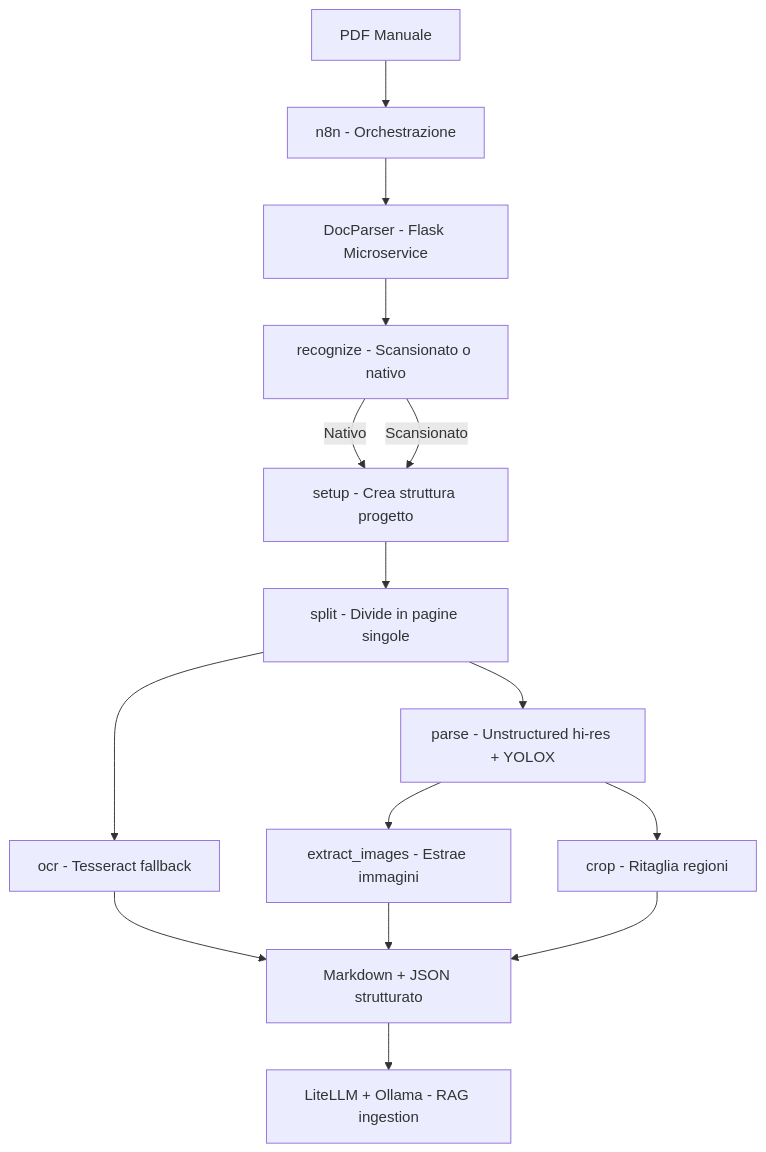
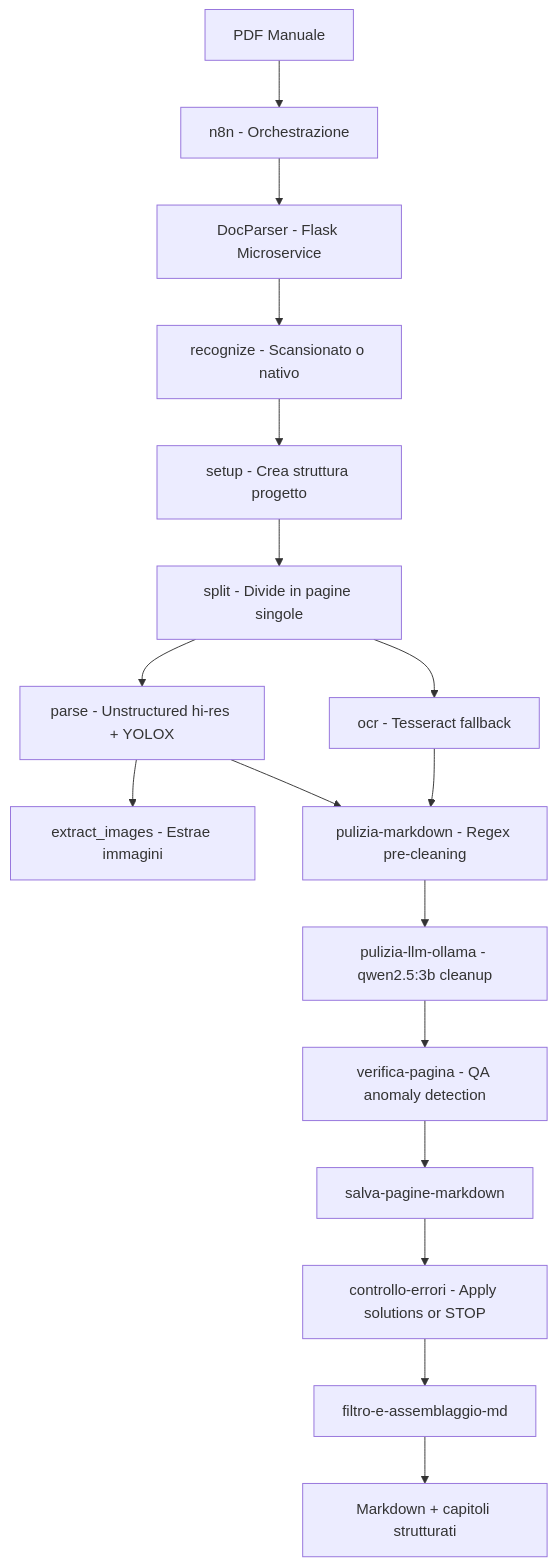
Before and after one commit to Valdan-D/dungeons-and-byte: the diagram in README.md, drawn with Mermaid. The commit also changed other lines of this file and 6 other files, not shown here.

````diff
--- a/README.md
+++ b/README.md
@@ -17,17 +20,19 @@
 ```mermaid
 graph TD
     A[PDF Manuale] --> B[n8n - Orchestrazione]
     B --> C[DocParser - Flask Microservice]
     C --> D[recognize - Scansionato o nativo]
-    D -->|Nativo| E[setup - Crea struttura progetto]
-    D -->|Scansionato| E
+    D --> E[setup - Crea struttura progetto]
     E --> F[split - Divide in pagine singole]
     F --> G[parse - Unstructured hi-res + YOLOX]
     F --> H[ocr - Tesseract fallback]
     G --> I[extract_images - Estrae immagini]
-    G --> J[crop - Ritaglia regioni]
-    H --> K[Markdown + JSON strutturato]
-    I --> K
-    J --> K
-    K --> L[LiteLLM + Ollama - RAG ingestion]
+    G --> J[pulizia-markdown - Regex pre-cleaning]
+    H --> J
+    J --> K[pulizia-llm-ollama - qwen2.5:3b cleanup]
+    K --> L[verifica-pagina - QA anomaly detection]
+    L --> M[salva-pagine-markdown]
+    M --> N[controllo-errori - Apply solutions or STOP]
+    N --> O[filtro-e-assemblaggio-md]
+    O --> P[Markdown + capitoli strutturati]
 ```
````
